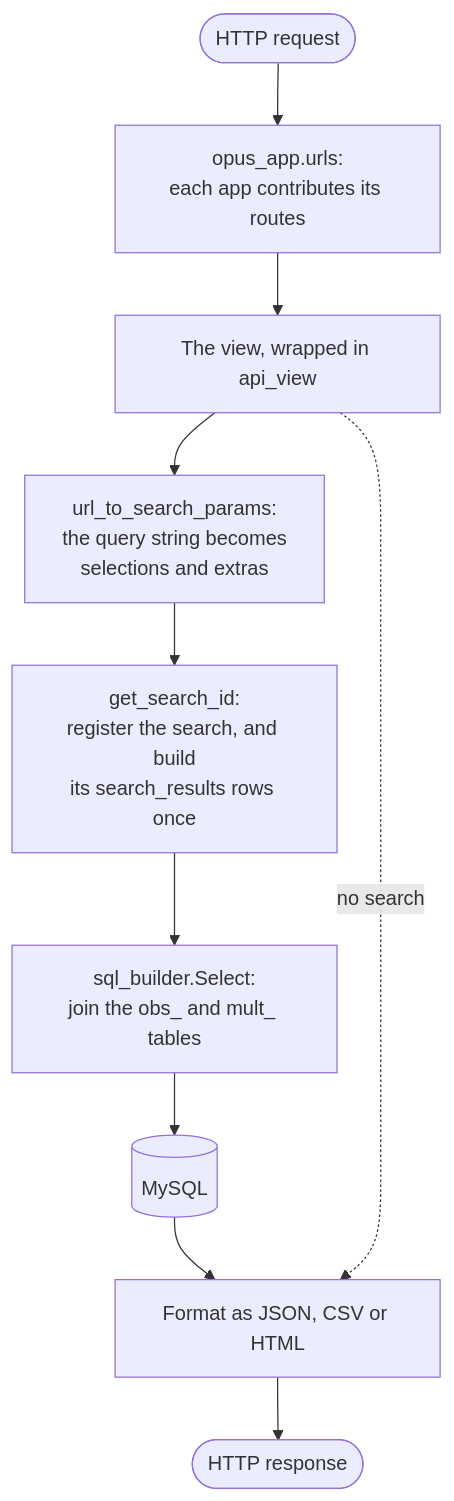
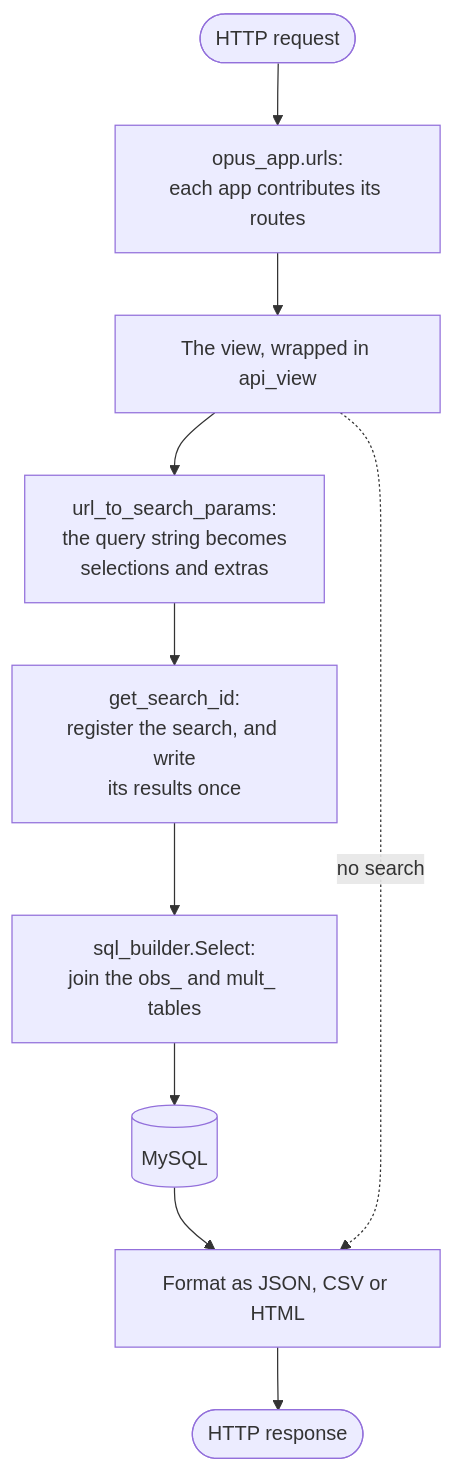
Before and after one commit to SETI/rms-opus: the third of 3 diagrams in docs/dev_guide_architecture.rst, drawn with Mermaid. The commit also changed other lines of this file and 13 other files, not shown here.

First line of the commit message:
docs: describe storing a search's results in plain words, without memcached too

```diff
--- a/docs/dev_guide_architecture.rst
+++ b/docs/dev_guide_architecture.rst
@@ -112,13 +112,13 @@
 .. mermaid::
     :zoom:
 
     flowchart TD
         R([HTTP request]) --> U[opus_app.urls:<br/>each app contributes its routes]
         U --> V[The view, wrapped in api_view]
         V --> P[url_to_search_params:<br/>the query string becomes<br/>selections and extras]
-        P --> Q[get_search_id:<br/>register the search, and build<br/>its search_results rows once]
+        P --> Q[get_search_id:<br/>register the search, and write<br/>its results once]
         Q --> S[sql_builder.Select:<br/>join the obs_ and mult_ tables]
         S --> D[(MySQL)]
         D --> F[Format as JSON, CSV or HTML]
         F --> RESP([HTTP response])
         V -.->|no search| F
```
